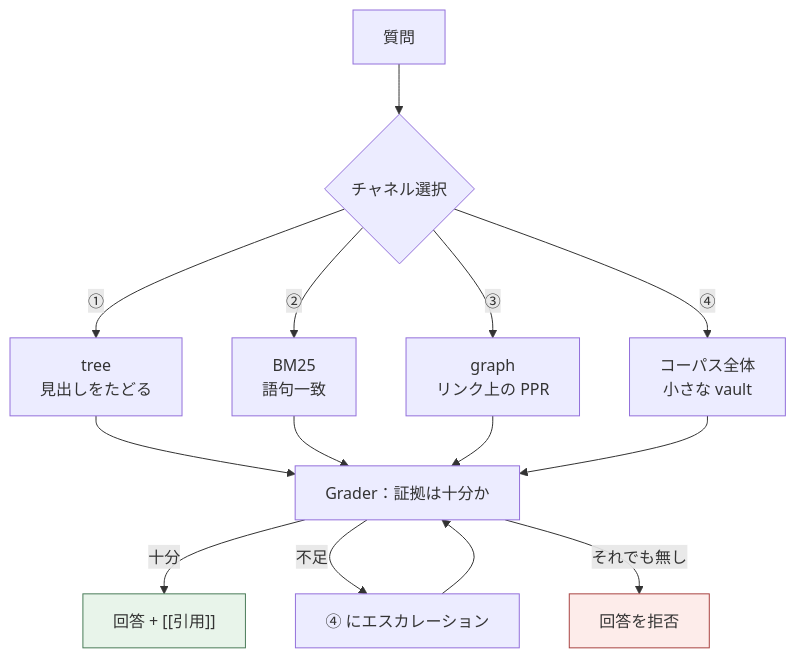
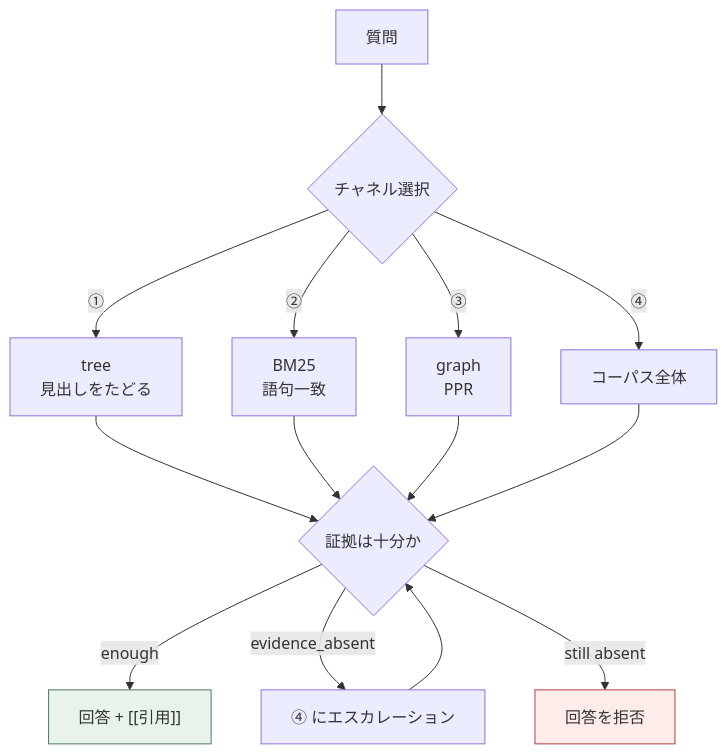
One commit to DeepTrial/KoiosBase changed the second of 3 diagrams in docs/i18n/README.ja.md. Above: the diagram before and after it, drawn with Mermaid. The commit also changed other lines of this file and 8 other files, not shown here.

````diff
--- a/docs/i18n/README.ja.md
+++ b/docs/i18n/README.ja.md
@@ -111,18 +116,18 @@
 ```mermaid
 flowchart TD
     Q[質問] --> C{"チャネル選択"}
     C -->|①| T["tree<br/>見出しをたどる"]
     C -->|②| B25["BM25<br/>語句一致"]
-    C -->|③| G["graph<br/>リンク上の PPR"]
-    C -->|④| F["コーパス全体<br/>小さな vault"]
-    T --> Gr[Grader：証拠は十分か]
+    C -->|③| G["graph<br/>PPR"]
+    C -->|④| F["コーパス全体"]
+    T --> Gr{"証拠は十分か"}
     B25 --> Gr
     G --> Gr
     F --> Gr
-    Gr -->|十分| A["回答 + [[引用]]"]
-    Gr -->|不足| Esc["④ にエスカレーション"]
+    Gr -->|enough| An["回答 + [[引用]]"]
+    Gr -->|"evidence_absent"| Esc["④ にエスカレーション"]
     Esc --> Gr
-    Gr -->|それでも無し| R[回答を拒否]
-    style A fill:#e8f4ea,stroke:#4a7c59
+    Gr -->|still absent| R[回答を拒否]
+    style An fill:#e8f4ea,stroke:#4a7c59
     style R fill:#fdecea,stroke:#a94442
 ```
````
